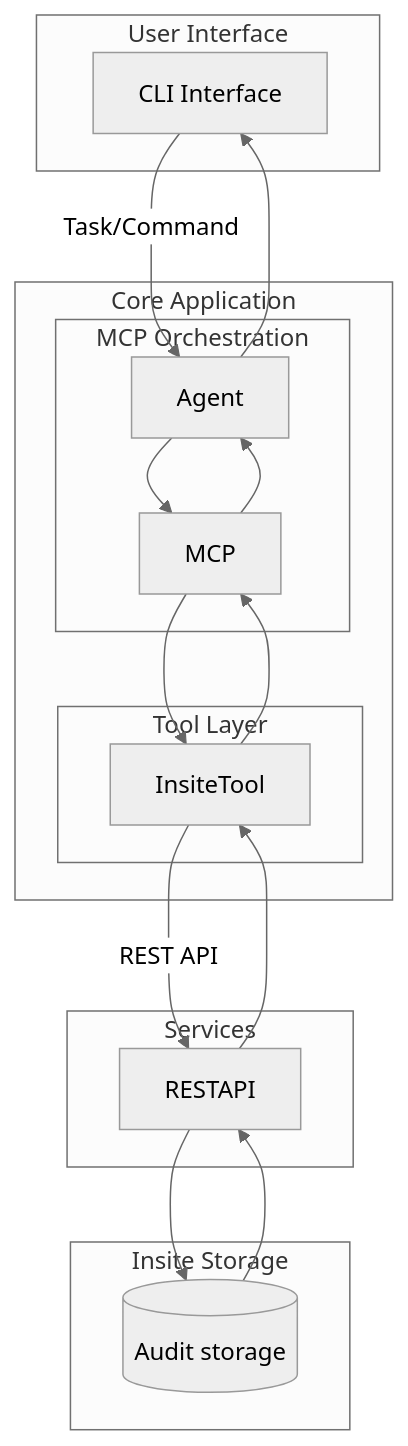
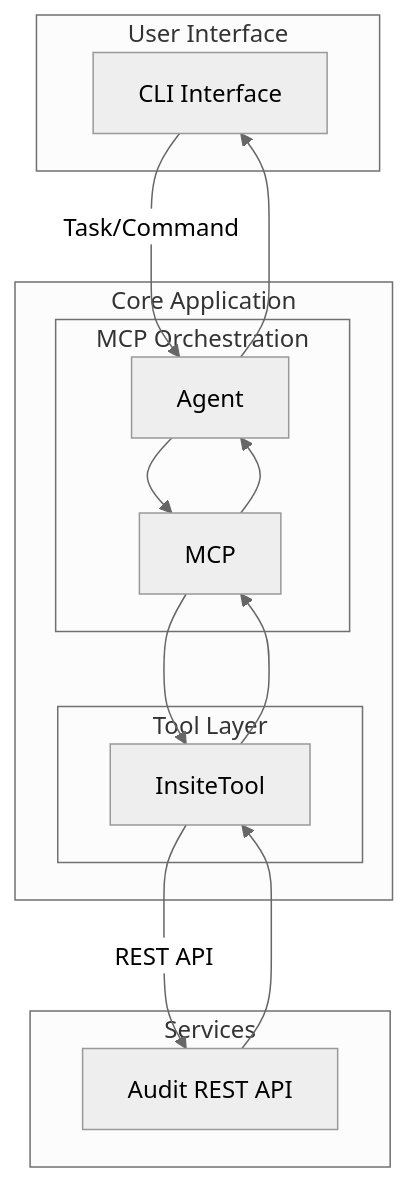
The first of 2 diagrams in README.md (nenavathsuresh/Autogen), drawn with Mermaid (neutral theme) before and after one commit.

````diff
--- a/README.md
+++ b/README.md
@@ -47,39 +47,28 @@
 ```mermaid
 graph TD
     subgraph User Interface
         CLI[CLI Interface]
     end
 
     subgraph Core Application
         CLI -->|Task/Command| Agent
         subgraph MCP Orchestration
             Agent --> MCP
         end
         subgraph Tool Layer
             MCP --> InsiteTool
         end
     end
 
     subgraph Services
-        InsiteTool -->|REST API| RESTAPI
+        InsiteTool -->|REST API| RESTAPI[Audit REST API]
     end
 
-    subgraph Insite Storage
-        RESTAPI --> AuditDB[(Audit storage)]
-    end
-
-    %% Feedback/Result Flow
-    AuditDB --> RESTAPI
+    %% Response/data flow returns through the same modules
     RESTAPI --> InsiteTool
     InsiteTool --> MCP
     MCP --> Agent
     Agent --> CLI
 
-    %% Explicit labeling for each core step
-    click Agent "Represents the orchestrating core that parses YAML and triggers MCP"
-    click MCP "Model Context Protocol coordinating tool requests"
-    click InsiteTool "Business logic layer, communicates with backend REST API"
-    click RESTAPI "Backend for audit report creation and retrieval"
-    click AuditDB "Persistent storage/database for audit reports"
 
 ```
````
